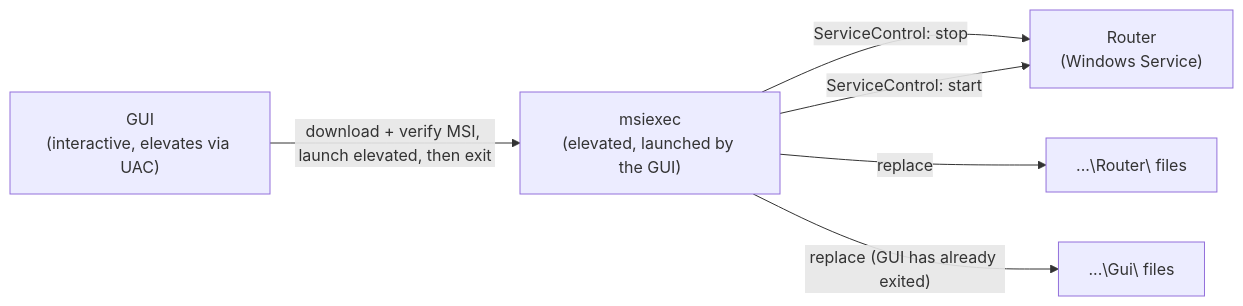
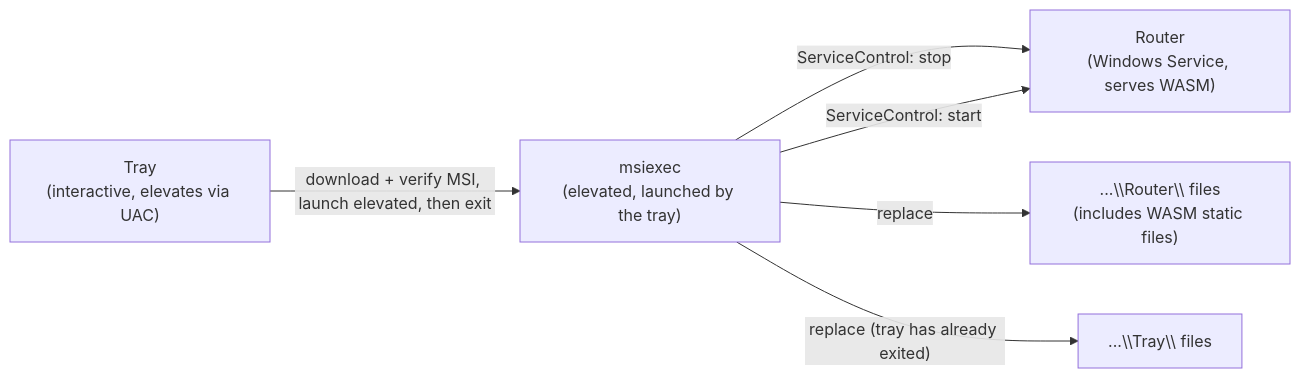
One commit to davidpizon/TotallyHot-ArcRouter changed the diagram in docs/router/version-compatibility.md. Above: the diagram before and after it, drawn with Mermaid. The commit also changed other lines of this file and 144 other files, not shown here.

First line of the commit message:
docs: truth pass for Router + WinForms tray + WASM

````diff
--- a/docs/router/version-compatibility.md
+++ b/docs/router/version-compatibility.md
@@ -43,14 +48,14 @@
 ```mermaid
 flowchart LR
-    Gui["GUI<br/>(interactive, elevates via UAC)"]
-    Msiexec["msiexec<br/>(elevated, launched by the GUI)"]
-    Router["Router<br/>(Windows Service)"]
-    GuiFiles["...\Gui\ files"]
-    RouterFiles["...\Router\ files"]
+    Tray["Tray<br/>(interactive, elevates via UAC)"]
+    Msiexec["msiexec<br/>(elevated, launched by the tray)"]
+    Router["Router<br/>(Windows Service, serves WASM)"]
+    TrayFiles["...\\Tray\\ files"]
+    RouterFiles["...\\Router\\ files<br/>(includes WASM static files)"]
 
-    Gui -- "download + verify MSI, launch elevated, then exit" --> Msiexec
+    Tray -- "download + verify MSI, launch elevated, then exit" --> Msiexec
     Msiexec -- "ServiceControl: stop" --> Router
     Msiexec -- "replace" --> RouterFiles
-    Msiexec -- "replace (GUI has already exited)" --> GuiFiles
+    Msiexec -- "replace (tray has already exited)" --> TrayFiles
     Msiexec -- "ServiceControl: start" --> Router
 ```
````
